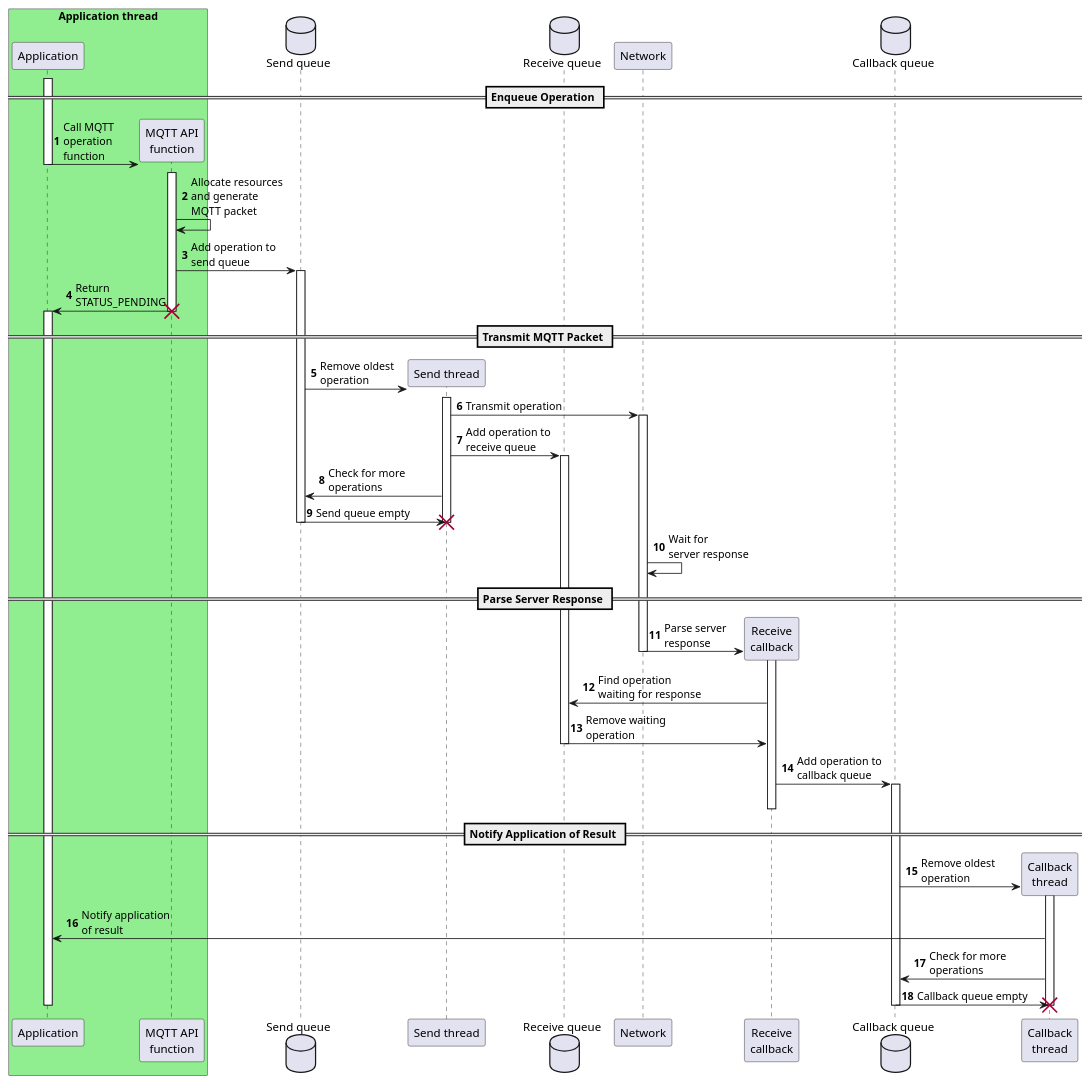
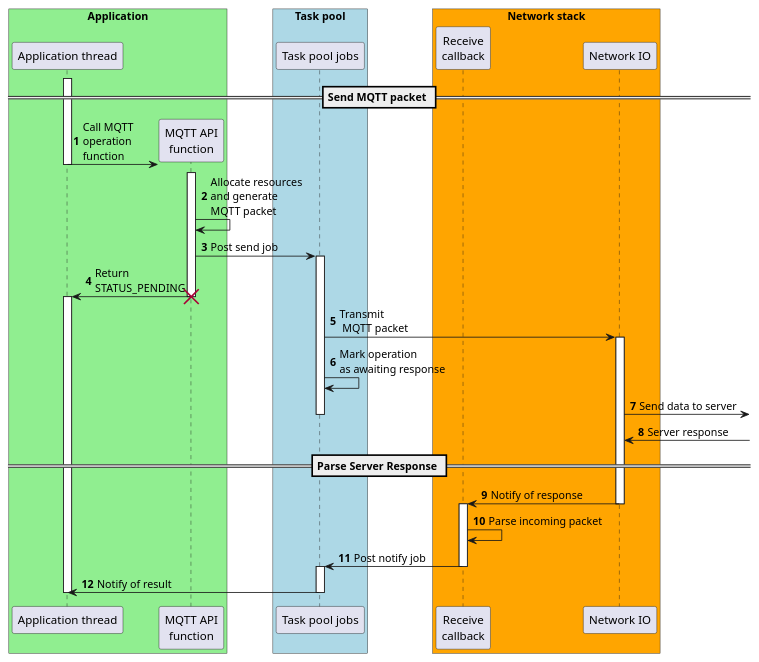
One commit to aws/amazon-freertos changed the diagram in doc/plantuml/mqtt_design_typicaloperation.pu. Above: the diagram before and after it, drawn with PlantUML. The commit also changed 36 other files, not shown here.

```diff
--- a/doc/plantuml/mqtt_design_typicaloperation.pu
+++ b/doc/plantuml/mqtt_design_typicaloperation.pu
@@ -1,71 +1,52 @@
 @startuml
 skinparam classFontSize 8
 skinparam classFontName Helvetica
 autonumber
 
-box "Application thread" #LightGreen
-    participant "Application" as application
+box "Application" #LightGreen
+    participant "Application thread" as application
     create participant "MQTT API\nfunction" as api
 end box
 
-database "Send queue" as send_queue
+box "Task pool" #LightBlue
+    participant "Task pool jobs" as task_pool
+end box
 
-== Enqueue Operation ==
+box "Network stack" #Orange
+    participant "Receive\ncallback" as receive_callback
+    participant "Network IO" as network
+end box
+
+== Send MQTT packet ==
 activate application
 application -> api: Call MQTT\noperation\nfunction
 deactivate application
 activate api
 api -> api: Allocate resources\nand generate\nMQTT packet
-api -> send_queue: Add operation to\nsend queue
-activate send_queue
+api -> task_pool: Post send job
+activate task_pool
 api -> application: Return\nSTATUS_PENDING
 destroy api
 activate application
+task_pool -> network: Transmit\n MQTT packet
+activate network
+task_pool -> task_pool: Mark operation\nas awaiting response
+network -> : Send data to server
+deactivate task_pool
 
-== Transmit MQTT Packet ==
-create participant "Send thread" as send_thread
-database "Receive queue" as receive_queue
-participant "Network" as network
-
-send_queue -> send_thread: Remove oldest\noperation
-activate send_thread
-send_thread -> network: Transmit operation
-activate network
-send_thread -> receive_queue: Add operation to\nreceive queue
-activate receive_queue
-send_thread -> send_queue: Check for more\noperations
-send_queue -> send_thread: Send queue empty
-deactivate send_queue
-destroy send_thread
-
-network -> network: Wait for\nserver response
+network <- : Server response
 
 == Parse Server Response ==
-create participant "Receive\ncallback" as receive_callback
-network -> receive_callback: Parse server\nresponse
+network -> receive_callback: Notify of response
 deactivate network
+activate receive_callback
+receive_callback -> receive_callback: Parse incoming packet
+receive_callback -> task_pool: Post notify job
+deactivate receive_callback
+activate task_pool
+task_pool -> application: Notify of result
 
-database "Callback queue" as callback_queue
-
-activate receive_callback
-receive_callback -> receive_queue: Find operation\nwaiting for response
-receive_queue -> receive_callback: Remove waiting\noperation
-deactivate receive_queue
-receive_callback -> callback_queue: Add operation to\ncallback queue
-activate callback_queue
-deactivate receive_callback
-
-== Notify Application of Result ==
-create participant "Callback\nthread" as callback_thread
-callback_queue -> callback_thread: Remove oldest\noperation
-
-activate callback_thread
-callback_thread -> application: Notify application\nof result
-callback_thread -> callback_queue: Check for more\noperations
-callback_queue -> callback_thread: Callback queue empty
-deactivate callback_queue
-destroy callback_thread
-
+deactivate task_pool
 deactivate application
 
 @enduml
```
